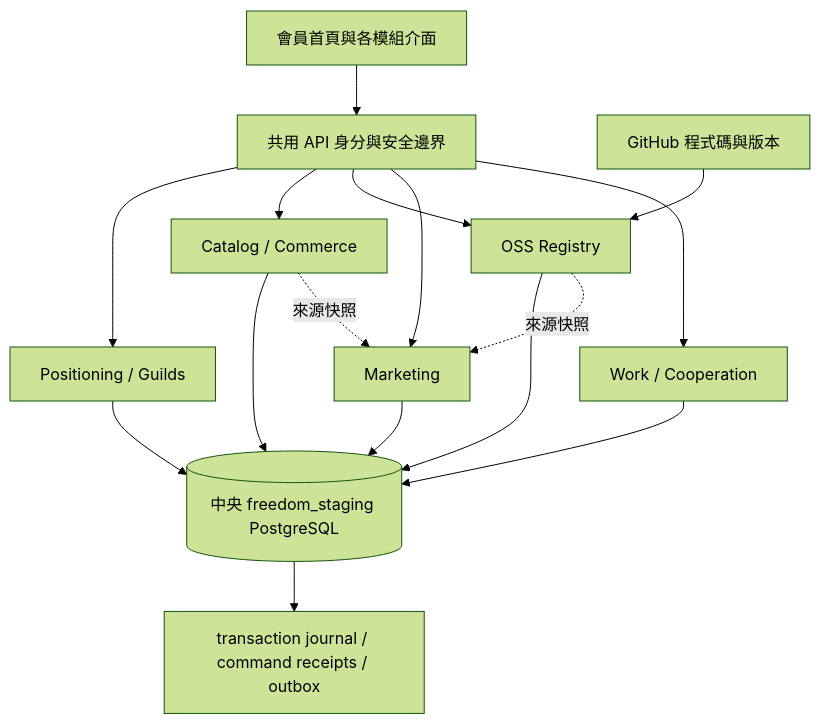
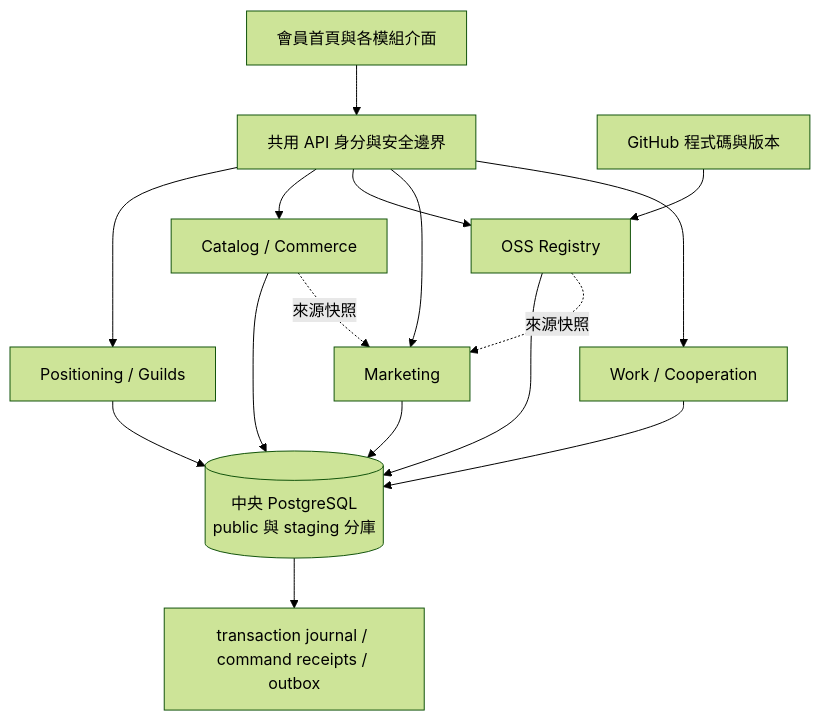
The diagram in docs/development/module-expansion-design.md (FreeTWAI-AI/freedom-platform), drawn with Mermaid (forest theme) before and after one commit. The commit also changed other lines of this file and 56 other files, not shown here.

````diff
--- a/docs/development/module-expansion-design.md
+++ b/docs/development/module-expansion-design.md
@@ -22,18 +22,18 @@
 ```mermaid
 flowchart TB
   UI[會員首頁與各模組介面] --> API[共用 API 身分與安全邊界]
   API --> P[Positioning / Guilds]
   API --> C[Catalog / Commerce]
   API --> O[OSS Registry]
   API --> M[Marketing]
   API --> W[Work / Cooperation]
-  P --> PG[(中央 freedom_staging PostgreSQL)]
+  P --> PG[(中央 PostgreSQL<br/>public 與 staging 分庫)]
   C --> PG
   O --> PG
   M --> PG
   W --> PG
   PG --> J[transaction journal / command receipts / outbox]
   GH[GitHub 程式碼與版本] --> O
   C -.來源快照.-> M
   O -.來源快照.-> M
 ```
````
